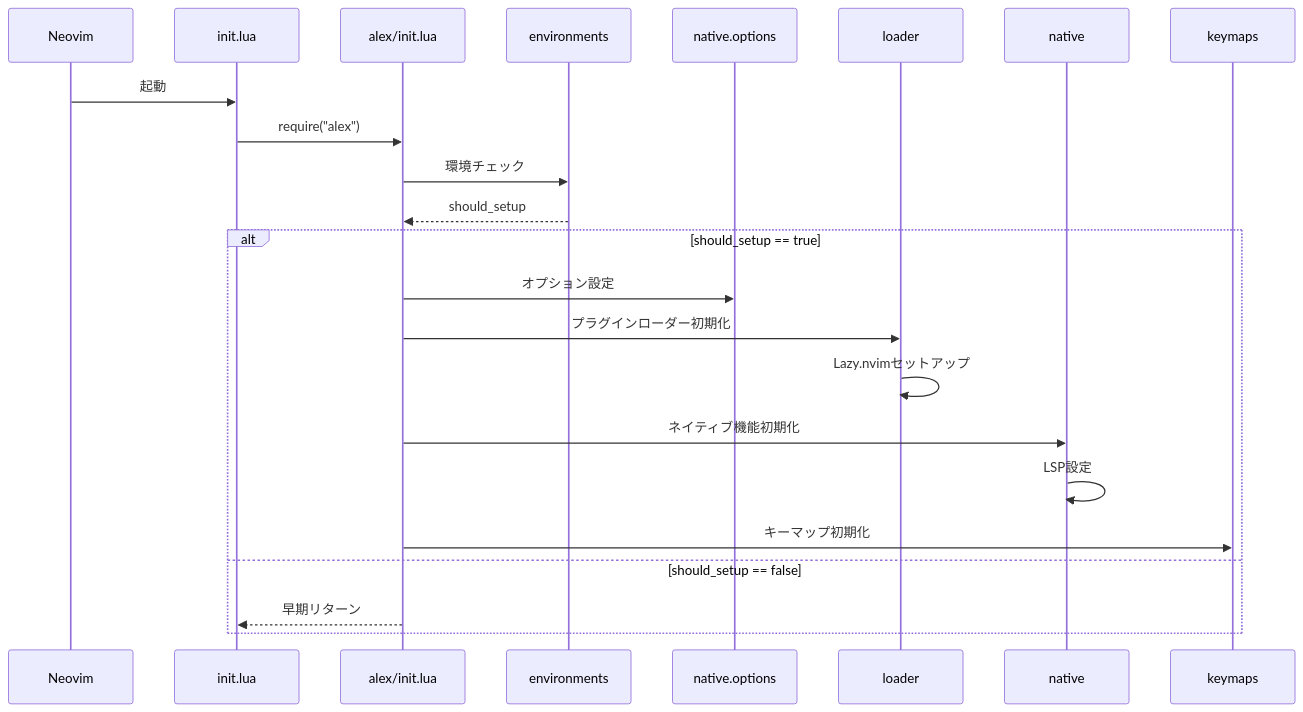
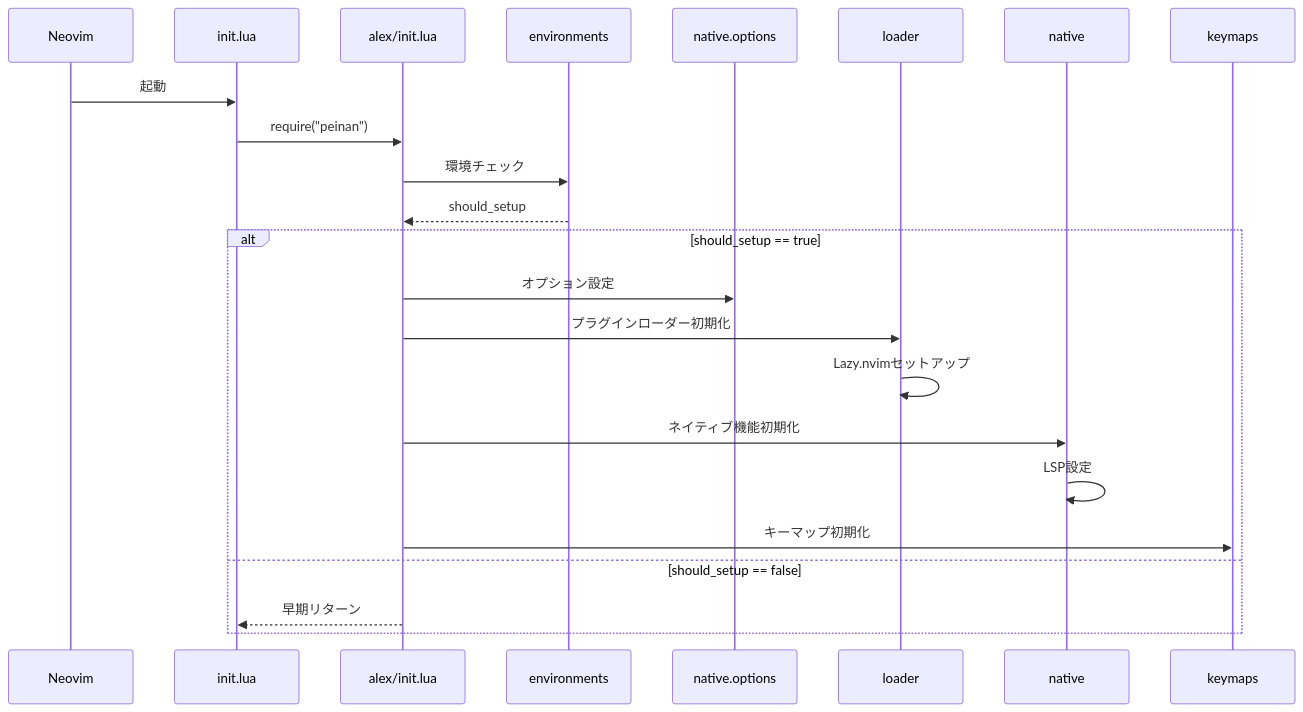
The second of 4 diagrams in docs/ja/structure/dependencies.md (peinan/nvim), drawn with Mermaid before and after one commit. The commit also changed other lines of this file and 96 other files, not shown here.

````diff
--- a/docs/ja/structure/dependencies.md
+++ b/docs/ja/structure/dependencies.md
@@ -47,26 +47,26 @@
 ```mermaid
 sequenceDiagram
     participant N as Neovim
     participant I as init.lua
     participant A as alex/init.lua
     participant E as environments
     participant O as native.options
     participant L as loader
     participant N2 as native
     participant K as keymaps
 
     N->>I: 起動
-    I->>A: require("alex")
+    I->>A: require("peinan")
     A->>E: 環境チェック
     E-->>A: should_setup
     alt should_setup == true
         A->>O: オプション設定
         A->>L: プラグインローダー初期化
         L->>L: Lazy.nvimセットアップ
         A->>N2: ネイティブ機能初期化
         N2->>N2: LSP設定
         A->>K: キーマップ初期化
     else should_setup == false
         A-->>I: 早期リターン
     end
 ```
````
